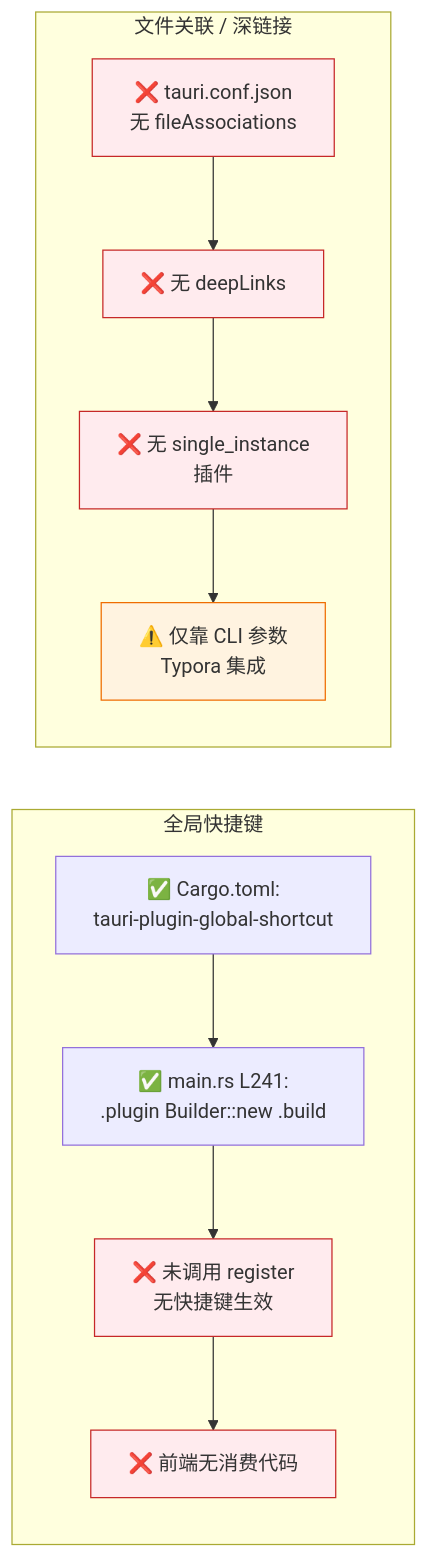
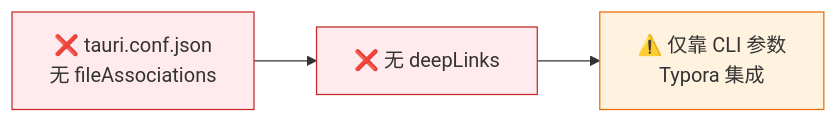
One commit to joeyliu6/PicNexus changed the fourth of 4 diagrams in docs/flows/window-system-integration.md. Above: the diagram before and after it, drawn with Mermaid. The commit also changed other lines of this file and 11 other files, not shown here.

First line of the commit message:
docs: tray stage 8 done; native tray flow, decisions, platform limits and open items

````diff
--- a/docs/flows/window-system-integration.md
+++ b/docs/flows/window-system-integration.md
@@ -223,26 +183,7 @@
 ```mermaid
 flowchart LR
-    subgraph R1[全局快捷键]
-        R1A[✅ Cargo.toml:<br/>tauri-plugin-global-shortcut]
-        R1B[✅ main.rs L241:<br/>.plugin Builder::new .build]
-        R1C[❌ 未调用 register<br/>无快捷键生效]
-        R1D[❌ 前端无消费代码]
-    end
-
-    subgraph R2[文件关联 / 深链接]
-        R2A[❌ tauri.conf.json<br/>无 fileAssociations]
-        R2B[❌ 无 deepLinks]
-        R2C[❌ 无 single_instance<br/>插件]
-        R2D[⚠️ 仅靠 CLI 参数<br/>Typora 集成]
-    end
-
-    R1A --> R1B --> R1C --> R1D
-    R2A --> R2B --> R2C --> R2D
-
-    style R1C fill:#ffebee,stroke:#c62828
-    style R1D fill:#ffebee,stroke:#c62828
+    R2A[❌ tauri.conf.json<br/>无 fileAssociations] --> R2B[❌ 无 deepLinks] --> R2D[⚠️ 仅靠 CLI 参数<br/>Typora 集成]
     style R2A fill:#ffebee,stroke:#c62828
     style R2B fill:#ffebee,stroke:#c62828
-    style R2C fill:#ffebee,stroke:#c62828
     style R2D fill:#fff3e0,stroke:#ef6c00
 ```
````
